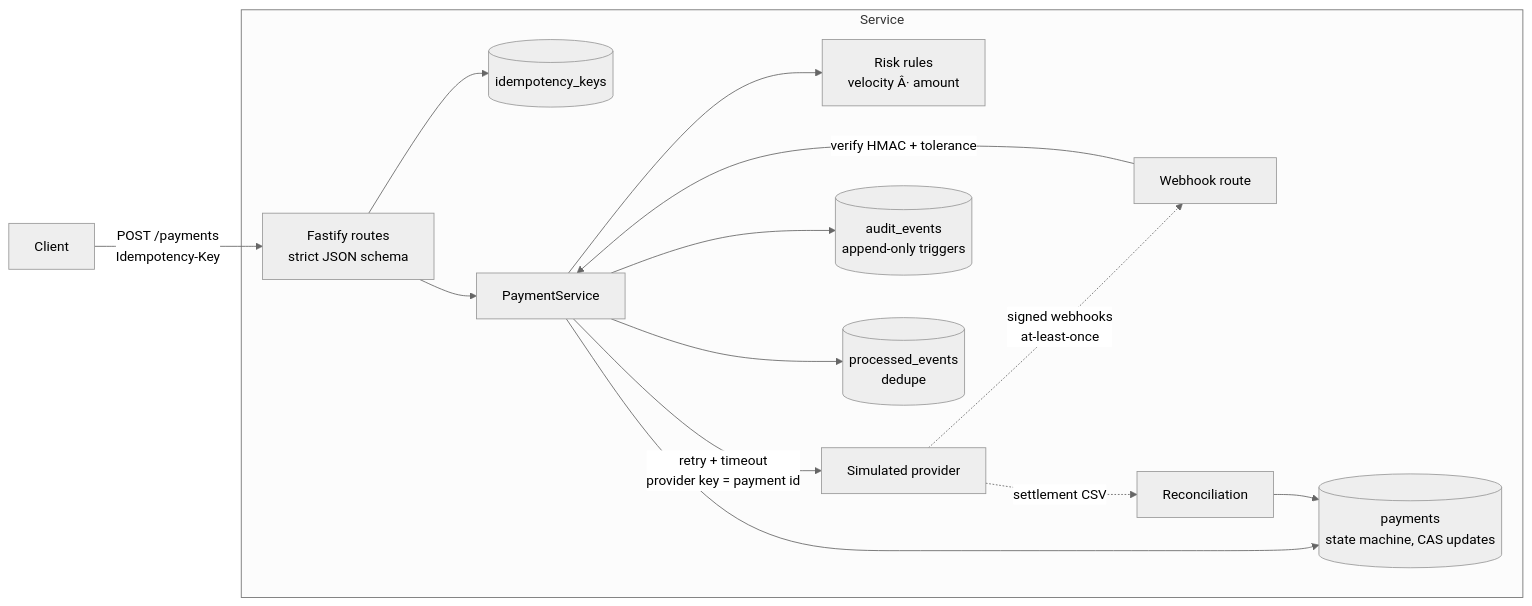
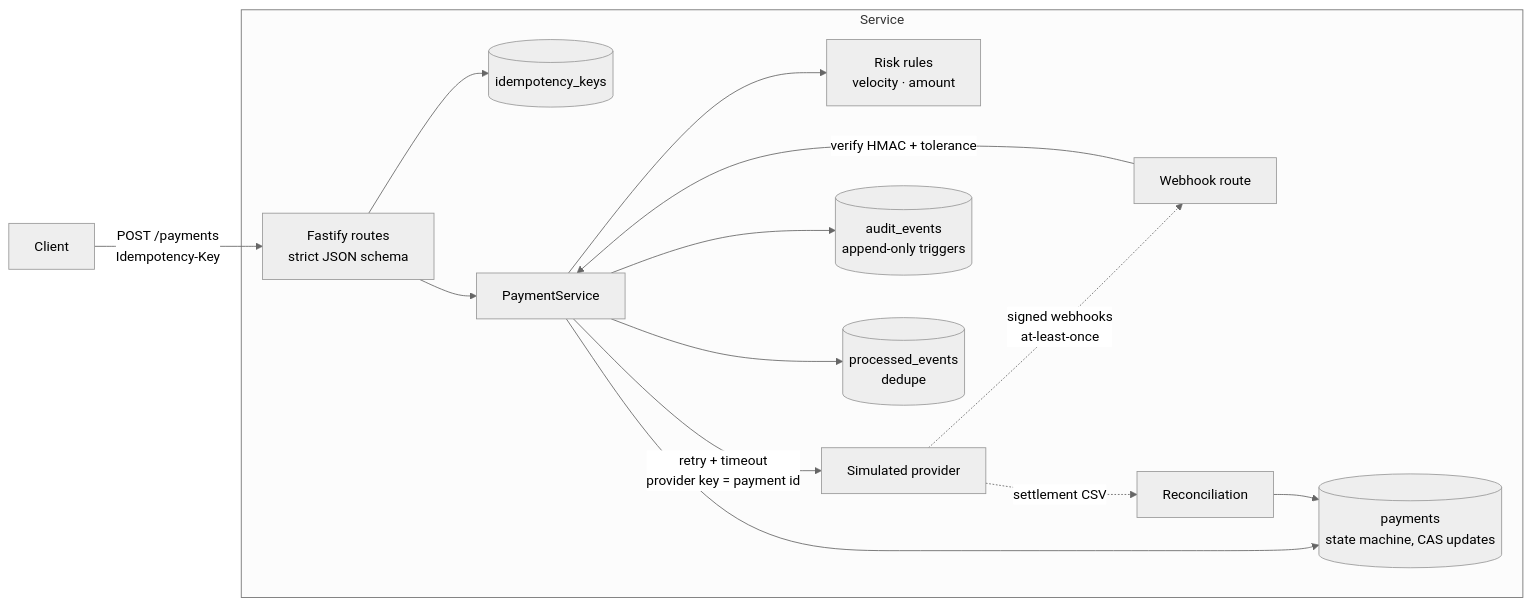
Before and after one commit to karthy1004/payments-reliability-lab: the first of 3 diagrams in README.md, drawn with Mermaid (neutral theme). The commit also changed other lines of this file, not shown here.

````diff
--- a/README.md
+++ b/README.md
@@ -72,17 +72,17 @@
 ```mermaid
 flowchart LR
     C[Client] -- "POST /payments<br/>Idempotency-Key" --> API
     subgraph Service
         API[Fastify routes<br/>strict JSON schema] --> IDEM[(idempotency_keys)]
         API --> SVC[PaymentService]
-        SVC --> RISK[Risk rules<br/>velocity Â· amount]
+        SVC --> RISK[Risk rules<br/>velocity · amount]
         SVC -- "retry + timeout<br/>provider key = payment id" --> PSP
         SVC --> DB[(payments<br/>state machine, CAS updates)]
         SVC --> AUD[(audit_events<br/>append-only triggers)]
         WH[Webhook route] -- "verify HMAC + tolerance" --> SVC
         SVC --> EV[(processed_events<br/>dedupe)]
         REC[Reconciliation] --> DB
     end
     PSP[Simulated provider] -. "signed webhooks<br/>at-least-once" .-> WH
     PSP -. "settlement CSV" .-> REC
 ```
````
